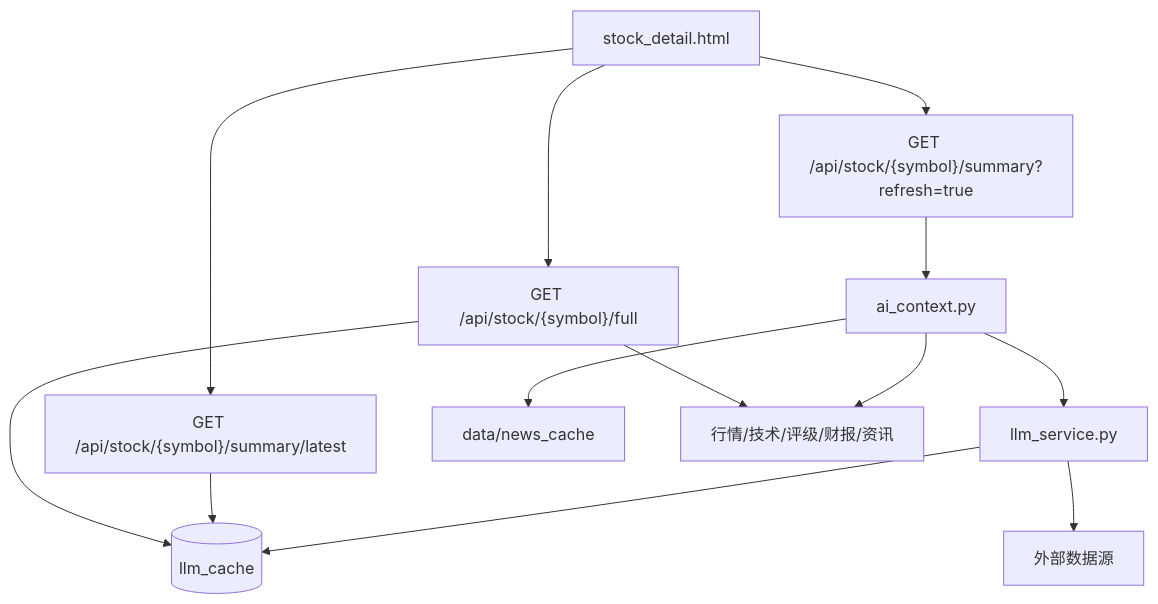
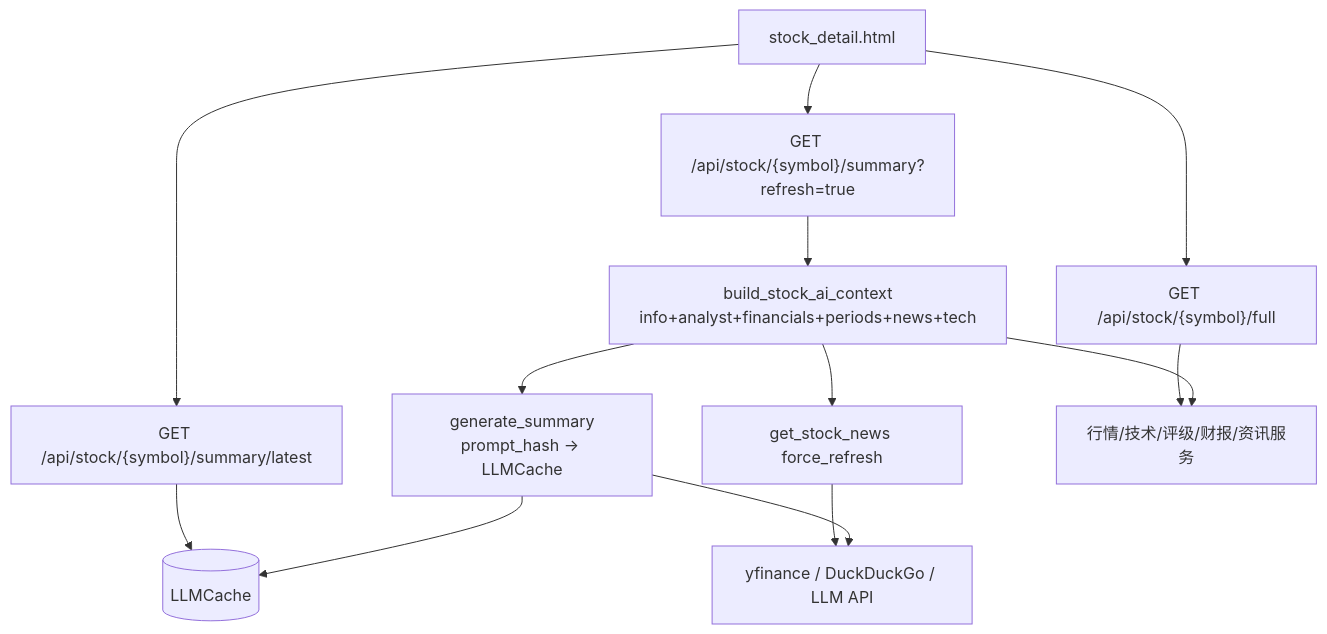
The fourth of 8 diagrams in ARCHITECTURE.md (RESBI/StockTracing), drawn with Mermaid before and after one commit. The commit also changed other lines of this file and 35 other files, not shown here.

First line of the commit message:
Refactor architecture: DB session mgmt, TTL centralization, circuit breaker, AI persistent queue, Pydantic validation, logging, env config

````diff
--- a/ARCHITECTURE.md
+++ b/ARCHITECTURE.md
@@ -99,26 +565,20 @@
 ```mermaid
 flowchart TD
-    Detail[stock_detail.html]
+    Detail["stock_detail.html"]
     FullApi["GET /api/stock/{symbol}/full"]
-    LatestAi["GET /api/stock/{symbol}/summary/latest"]
-    RefreshAi["GET /api/stock/{symbol}/summary?refresh=true"]
-    AiContext[ai_context.py]
-    Llm[llm_service.py]
-    LlmCache[(llm_cache)]
-    NewsCache["data/news_cache"]
-    Services["行情/技术/评级/财报/资讯"]
-    External[外部数据源]
+    Latest["GET /api/stock/{symbol}/summary/latest"]
+    Refresh["GET /api/stock/{symbol}/summary?refresh=true"]
+    Ctx["build_stock_ai_context<br/>info+analyst+financials+periods+news+tech"]
+    Llm["generate_summary<br/>prompt_hash → LLMCache"]
+    News["get_stock_news force_refresh"]
+    Services["行情/技术/评级/财报/资讯服务"]
+    External["yfinance / DuckDuckGo / LLM API"]
 
-    Detail --> FullApi
-    FullApi --> Services
-    FullApi --> LlmCache
-    Detail --> LatestAi
-    LatestAi --> LlmCache
-    Detail --> RefreshAi
-    RefreshAi --> AiContext
-    AiContext --> Services
-    AiContext --> NewsCache
-    AiContext --> Llm
-    Llm --> External
+    Detail --> FullApi --> Services
+    Detail --> Latest --> LlmCache[("LLMCache")]
+    Detail --> Refresh --> Ctx
+    Ctx --> Services
+    Ctx --> News --> External
+    Ctx --> Llm --> External
     Llm --> LlmCache
 ```
````
